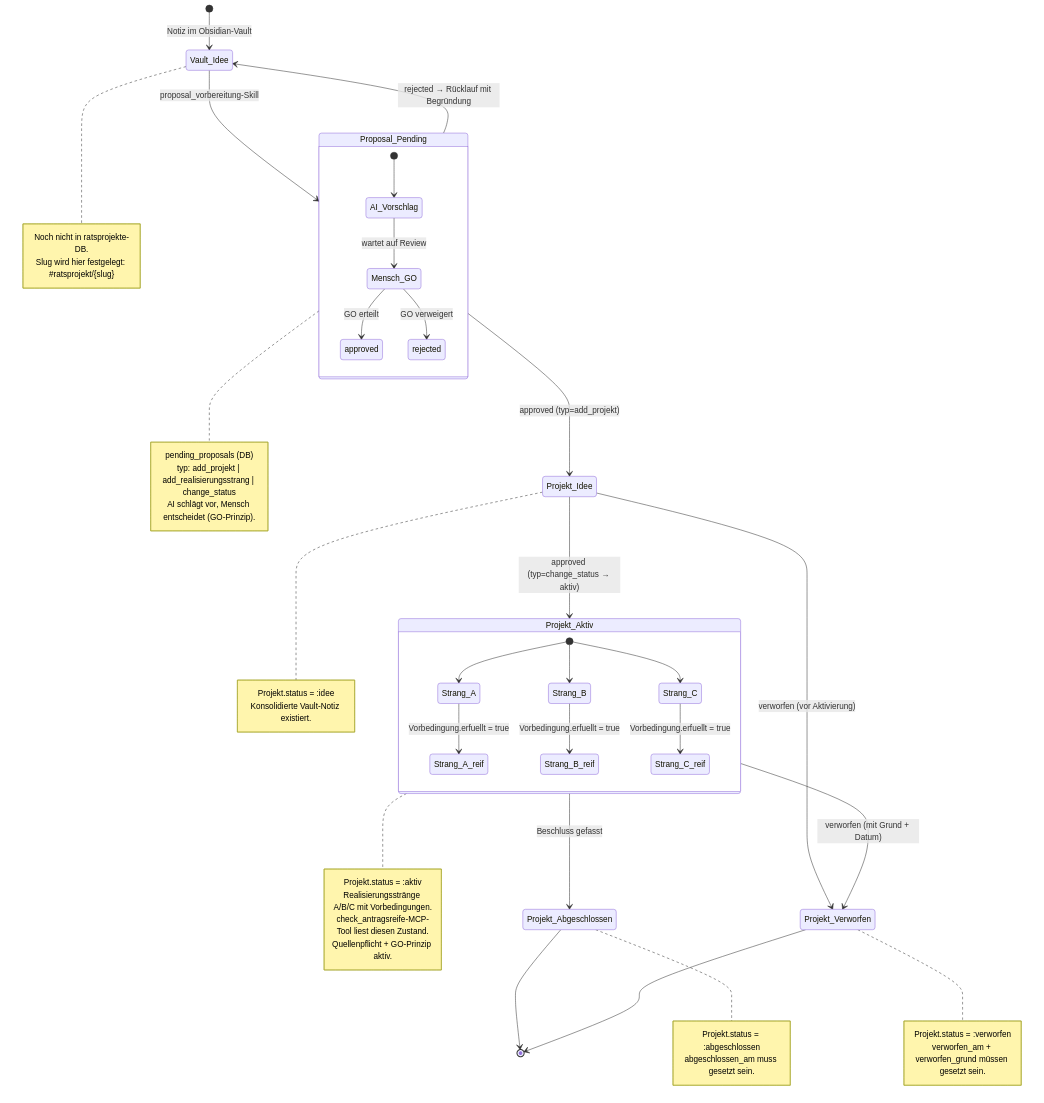
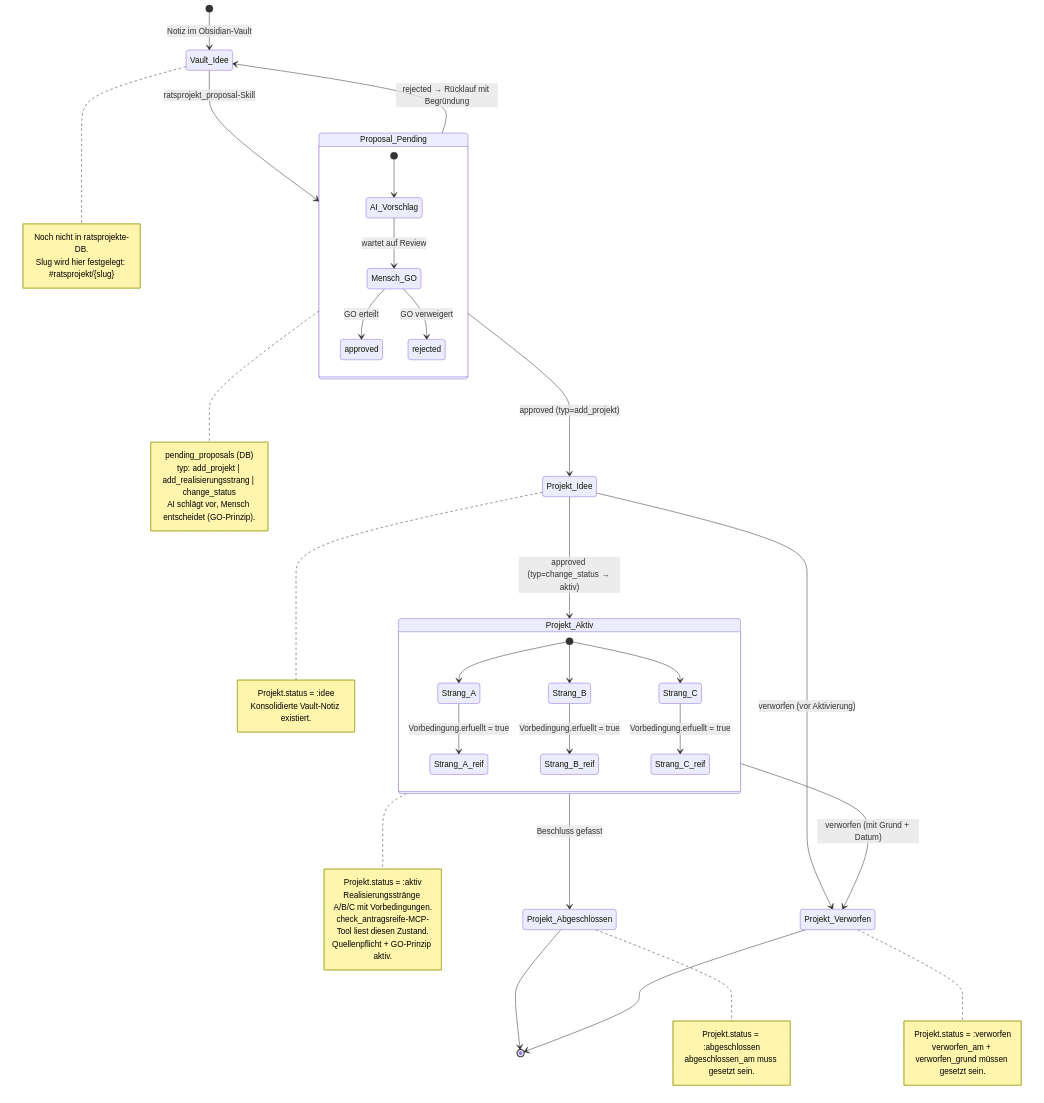
Before and after one commit to croesnick/kommunalpolitik_ki: the diagram in docs/ratsprojekte-lifecycle.md, drawn with Mermaid. The commit also changed other lines of this file and 8 other files, not shown here.

````diff
--- a/docs/ratsprojekte-lifecycle.md
+++ b/docs/ratsprojekte-lifecycle.md
@@ -11,61 +11,61 @@
 ```mermaid
 stateDiagram-v2
     [*] --> Vault_Idee: Notiz im Obsidian-Vault
 
-    Vault_Idee --> Proposal_Pending: proposal_vorbereitung-Skill
+    Vault_Idee --> Proposal_Pending: ratsprojekt_proposal-Skill
     note right of Vault_Idee
         Noch nicht in ratsprojekte-DB.
         Slug wird hier festgelegt: #ratsprojekt/{slug}
     end note
 
     state Proposal_Pending {
         [*] --> AI_Vorschlag
         AI_Vorschlag --> Mensch_GO: wartet auf Review
         Mensch_GO --> approved: GO erteilt
         Mensch_GO --> rejected: GO verweigert
     }
     note right of Proposal_Pending
         pending_proposals (DB)
         typ: add_projekt | add_realisierungsstrang | change_status
         AI schlägt vor, Mensch entscheidet (GO-Prinzip).
     end note
 
     Proposal_Pending --> Vault_Idee: rejected → Rücklauf mit Begründung
     Proposal_Pending --> Projekt_Idee: approved (typ=add_projekt)
 
     Projekt_Idee --> Projekt_Aktiv: approved (typ=change_status → aktiv)
     note right of Projekt_Idee
         Projekt.status = :idee
         Konsolidierte Vault-Notiz existiert.
     end note
 
     state Projekt_Aktiv {
         [*] --> Strang_A
         [*] --> Strang_B
         [*] --> Strang_C
         Strang_A --> Strang_A_reif: Vorbedingung.erfuellt = true
         Strang_B --> Strang_B_reif: Vorbedingung.erfuellt = true
         Strang_C --> Strang_C_reif: Vorbedingung.erfuellt = true
     }
     note right of Projekt_Aktiv
         Projekt.status = :aktiv
         Realisierungsstränge A/B/C mit Vorbedingungen.
         check_antragsreife-MCP-Tool liest diesen Zustand.
         Quellenpflicht + GO-Prinzip aktiv.
     end note
 
     Projekt_Aktiv --> Projekt_Abgeschlossen: Beschluss gefasst
     Projekt_Aktiv --> Projekt_Verworfen: verworfen (mit Grund + Datum)
     Projekt_Idee --> Projekt_Verworfen: verworfen (vor Aktivierung)
 
     Projekt_Abgeschlossen --> [*]
     Projekt_Verworfen --> [*]
     note right of Projekt_Abgeschlossen
         Projekt.status = :abgeschlossen
         abgeschlossen_am muss gesetzt sein.
     end note
     note right of Projekt_Verworfen
         Projekt.status = :verworfen
         verworfen_am + verworfen_grund müssen gesetzt sein.
     end note
 ```
````
